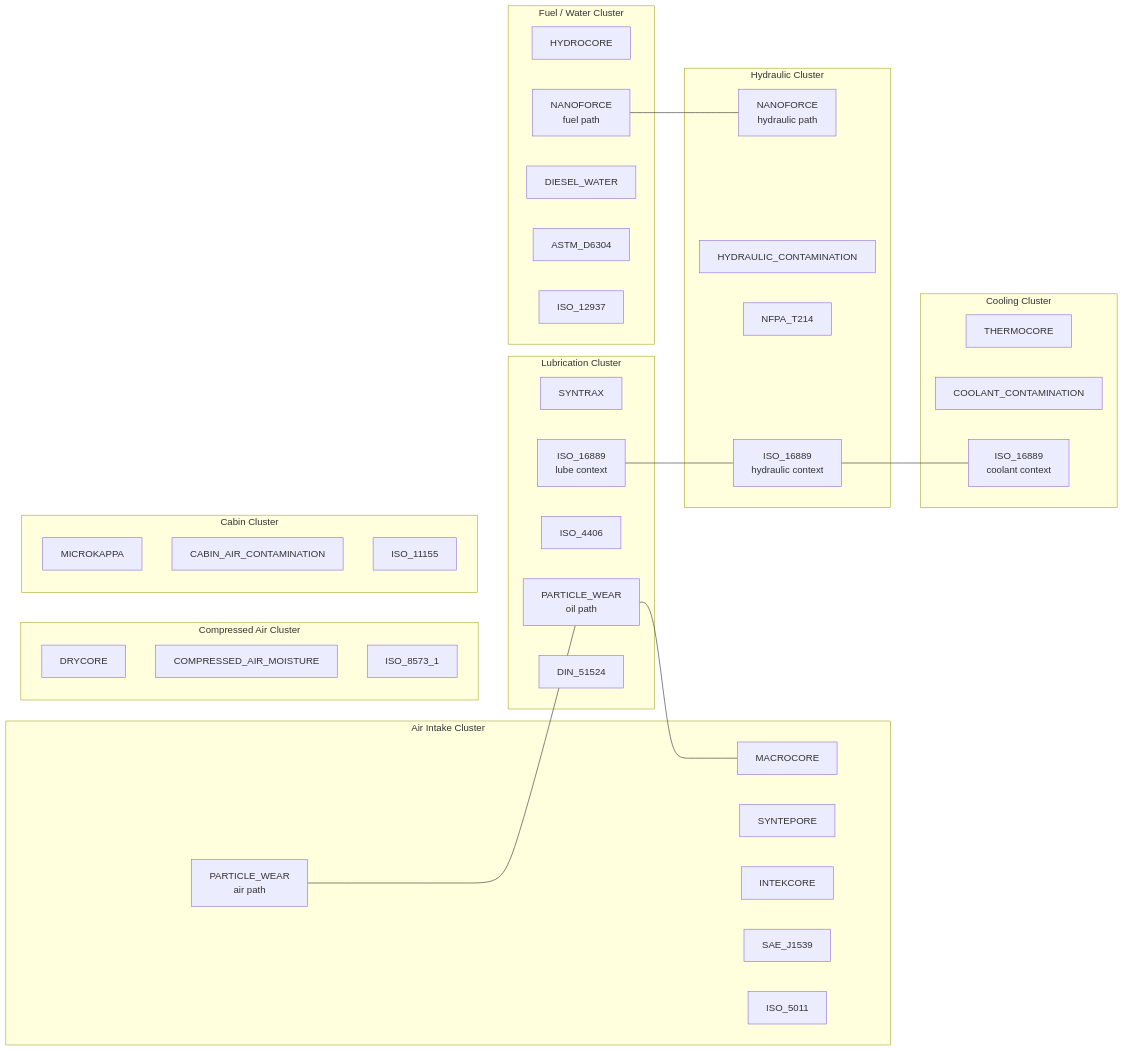
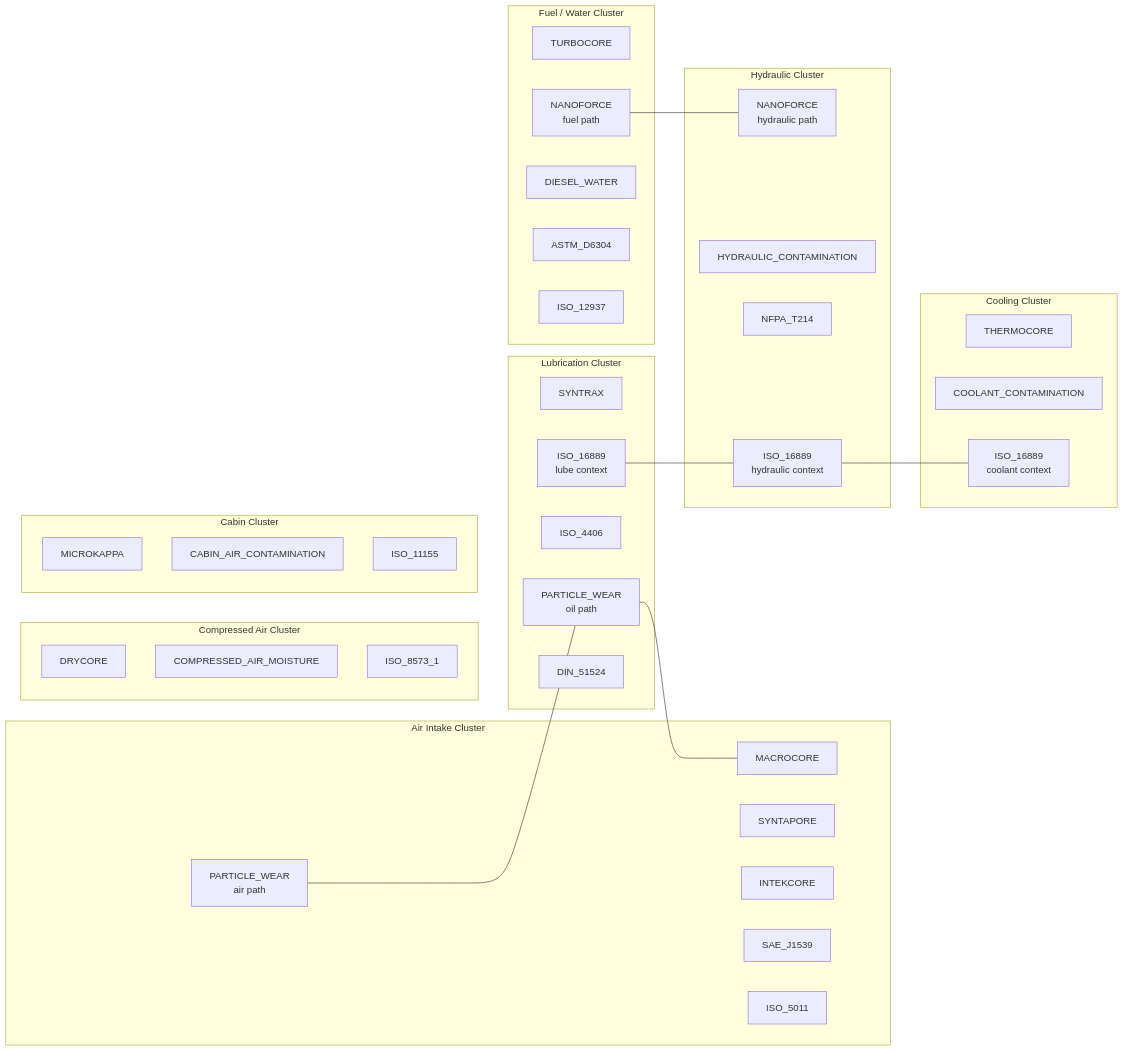
One commit to LATAMFILTERS/world-catalogue changed the fourth of 9 diagrams in PHASE3C_KNOWLEDGE_GRAPH_RELATIONSHIP_MODEL.md. Above: the diagram before and after it, drawn with Mermaid. The commit also changed other lines of this file and 406 other files, not shown here.

````diff
--- a/PHASE3C_KNOWLEDGE_GRAPH_RELATIONSHIP_MODEL.md
+++ b/PHASE3C_KNOWLEDGE_GRAPH_RELATIONSHIP_MODEL.md
@@ -266,58 +266,58 @@
 ```mermaid
 graph LR
     subgraph AIR["Air Intake Cluster"]
         MACROCORE
-        SYNTEPORE
+        SYNTAPORE
         INTEKCORE
         SAE_J1539
         ISO_5011
         PARTICLE_WEAR_AIR[PARTICLE_WEAR\nair path]
     end
 
     subgraph FUEL["Fuel / Water Cluster"]
-        HYDROCORE
+        TURBOCORE
         NANOFORCE_FUEL[NANOFORCE\nfuel path]
         DIESEL_WATER
         ASTM_D6304
         ISO_12937
     end
 
     subgraph LUBE["Lubrication Cluster"]
         SYNTRAX
         PARTICLE_WEAR_LUBE[PARTICLE_WEAR\noil path]
         ISO_4406
         ISO_16889_LUBE[ISO_16889\nlube context]
         DIN_51524
     end
 
     subgraph HYD["Hydraulic Cluster"]
         NANOFORCE_HYD[NANOFORCE\nhydraulic path]
         HYDRAULIC_CONTAMINATION
         NFPA_T214
         ISO_16889_HYD[ISO_16889\nhydraulic context]
     end
 
     subgraph CA["Compressed Air Cluster"]
         DRYCORE
         COMPRESSED_AIR_MOISTURE
         ISO_8573_1
     end
 
     subgraph CABIN["Cabin Cluster"]
         MICROKAPPA
         CABIN_AIR_CONTAMINATION
         ISO_11155
     end
 
     subgraph COOL["Cooling Cluster"]
         THERMOCORE
         COOLANT_CONTAMINATION
         ISO_16889_COOL[ISO_16889\ncoolant context]
     end
 
     PARTICLE_WEAR_AIR --- PARTICLE_WEAR_LUBE
     PARTICLE_WEAR_LUBE --- MACROCORE
     NANOFORCE_FUEL --- NANOFORCE_HYD
     ISO_16889_LUBE --- ISO_16889_HYD
     ISO_16889_HYD --- ISO_16889_COOL
 ```
````
